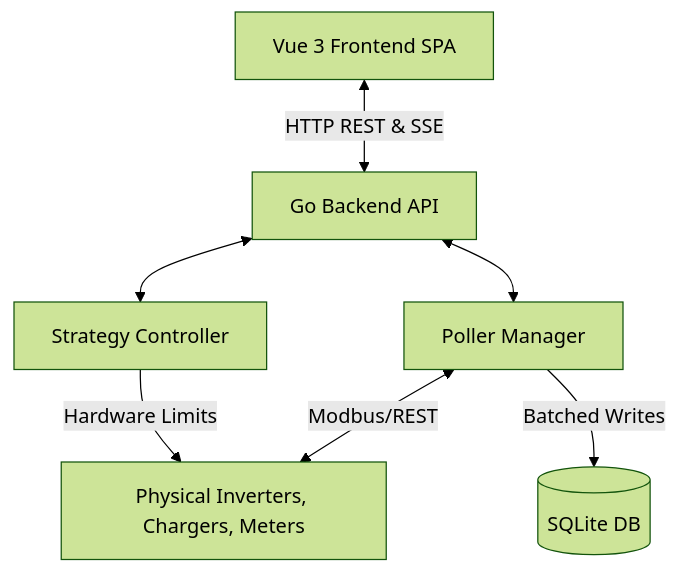
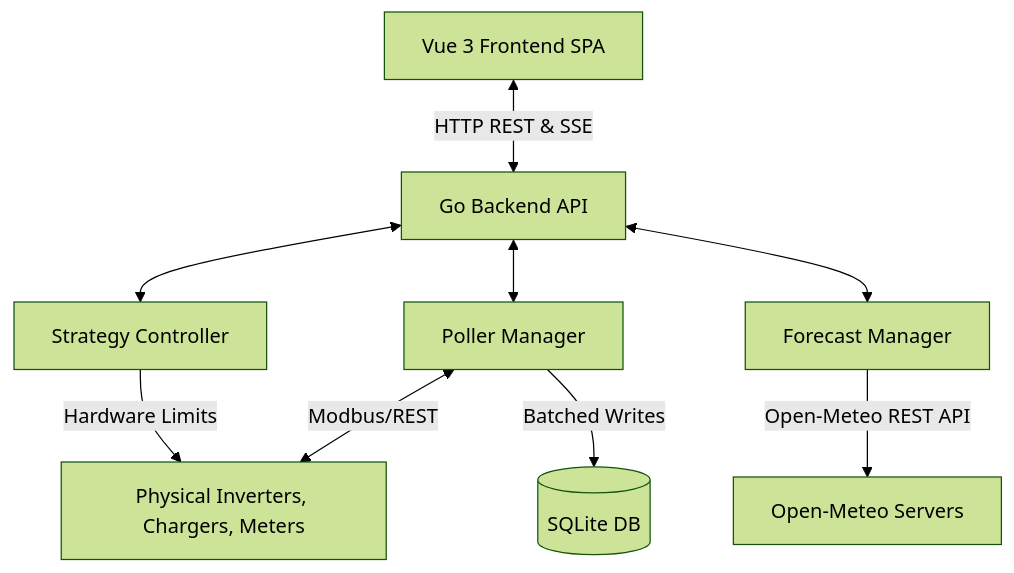
The diagram in docs/architecture.md (webdotpulse/NEMS), drawn with Mermaid (forest theme) before and after one commit. The commit also changed other lines of this file and 9 other files, not shown here.

````diff
--- a/docs/architecture.md
+++ b/docs/architecture.md
@@ -11,9 +11,11 @@
 ```mermaid
 graph TD
     UI[Vue 3 Frontend SPA] <-->|HTTP REST & SSE| API[Go Backend API]
     API <--> PM[Poller Manager]
     PM <-->|Modbus/REST| Devices[Physical Inverters, Chargers, Meters]
     PM -->|Batched Writes| DB[(SQLite DB)]
     API <--> SC[Strategy Controller]
     SC -->|Hardware Limits| Devices
+    API <--> FM[Forecast Manager]
+    FM -->|Open-Meteo REST API| OpenMeteo[Open-Meteo Servers]
 ```
````
